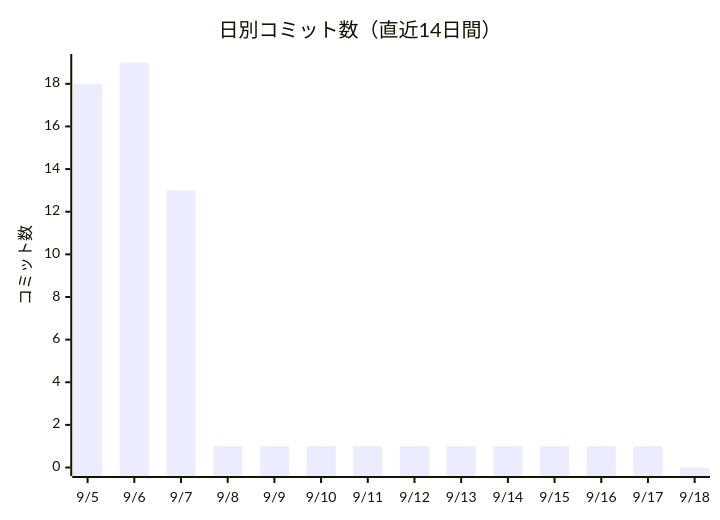
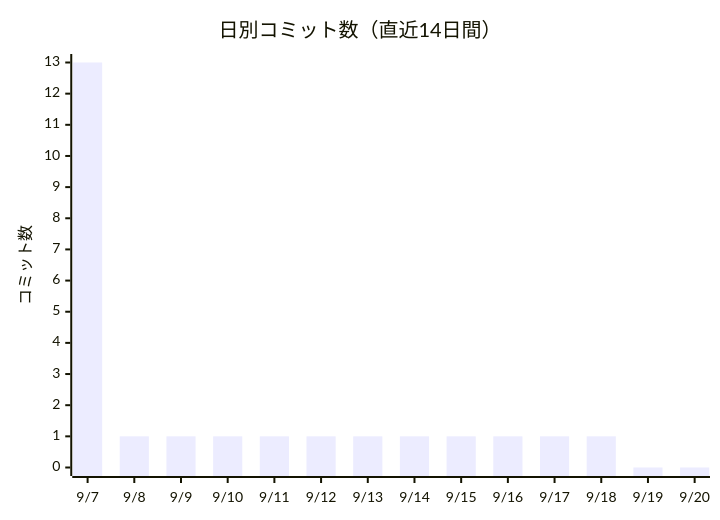
One commit to non-x2/non-x2 changed the first of 2 diagrams in docs/進化レポート.md. Above: the diagram before and after it, drawn with Mermaid. The commit also changed other lines of this file and 2 other files, not shown here.

````diff
--- a/docs/進化レポート.md
+++ b/docs/進化レポート.md
@@ -23,7 +23,7 @@
 ```mermaid
 xychart-beta
     title "日別コミット数（直近14日間）"
-    x-axis ["9/5", "9/6", "9/7", "9/8", "9/9", "9/10", "9/11", "9/12", "9/13", "9/14", "9/15", "9/16", "9/17", "9/18"]
+    x-axis ["9/7", "9/8", "9/9", "9/10", "9/11", "9/12", "9/13", "9/14", "9/15", "9/16", "9/17", "9/18", "9/19", "9/20"]
     y-axis "コミット数"
-    bar [18, 19, 13, 1, 1, 1, 1, 1, 1, 1, 1, 1, 1, 0]
+    bar [13, 1, 1, 1, 1, 1, 1, 1, 1, 1, 1, 1, 0, 0]
 ```
````
